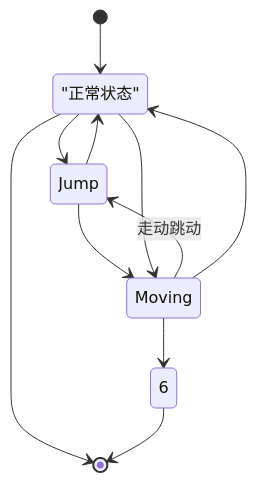
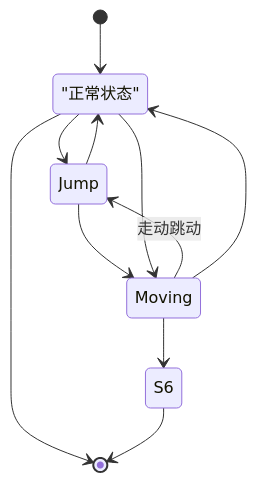
One commit to miaozhuojun/miaozhuojun.github.io changed the second of 3 diagrams in _posts/2021-04-20-KMP.md. Above: the diagram before and after it, drawn with Mermaid. The commit also changed other lines of this file, not shown here.

```diff
--- a/_posts/2021-04-20-KMP.md
+++ b/_posts/2021-04-20-KMP.md
@@ -65,14 +65,14 @@
 <div class="mermaid">
 stateDiagram
     IDLE: "正常状态"
     [*] --> IDLE
     IDLE --> [*]
     IDLE --> Jump 
     Jump --> IDLE
     Moving --> Jump : 走动跳动
     Jump --> Moving
     IDLE --> Moving
     Moving --> IDLE
-    Moving --> 6
-    6 --> [*]
+    Moving --> S6
+    S6 --> [*]
 </div>
```
